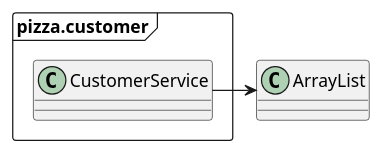
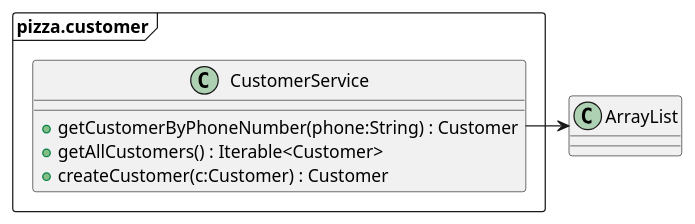
One commit to codevibe-de/spring-pizza-all changed the diagram in doc/customer.puml. Above: the diagram before and after it, drawn with PlantUML. The commit also changed 1 other file, not shown here.

```diff
--- a/doc/customer.puml
+++ b/doc/customer.puml
@@ -1,10 +1,14 @@
 @startuml
 'https://plantuml.com/class-diagram
 set namespaceSeparator ::
 
 package "pizza.customer" <<Frame>> {
-class CustomerService
+class CustomerService {
++ getCustomerByPhoneNumber(phone:String) : Customer
++ getAllCustomers() : Iterable<Customer>
++ createCustomer(c:Customer) : Customer
+}
 }
 
 CustomerService -right-> ArrayList
 @enduml
```
